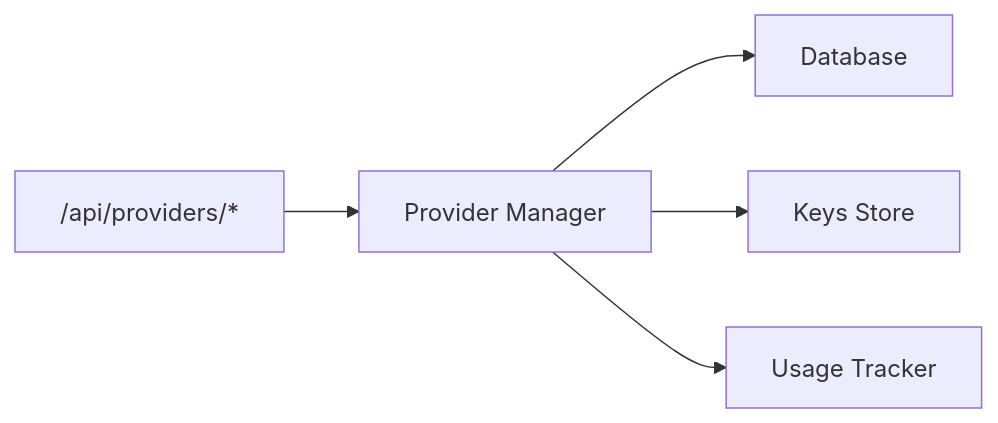
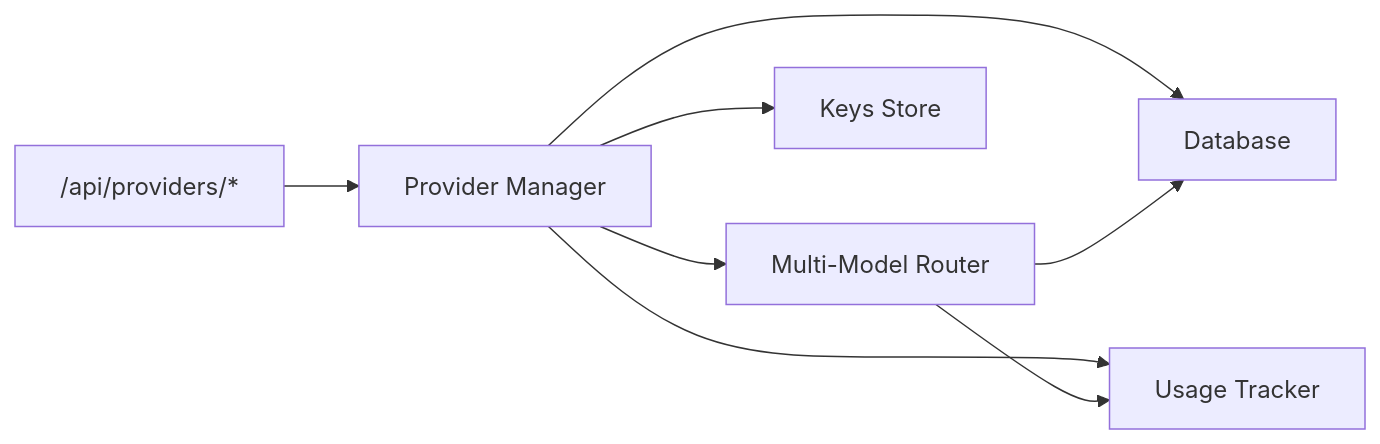
Before and after one commit to HassanAmeer/cheaprouter: the third of 3 diagrams in .qoder/repowiki/en/content/API Reference/Provider Management API.md, drawn with Mermaid. The commit also changed other lines of this file and 54 other files, not shown here.

````diff
--- a/.qoder/repowiki/en/content/API Reference/Provider Management API.md
+++ b/.qoder/repowiki/en/content/API Reference/Provider Management API.md
@@ -256,7 +285,10 @@
 ```mermaid
 graph LR
 APIProviders["/api/providers/*"] --> ProviderMgr["Provider Manager"]
+ProviderMgr --> MultiModelRouter["Multi-Model Router"]
 ProviderMgr --> Database["Database"]
 ProviderMgr --> KeyStore["Keys Store"]
 ProviderMgr --> UsageTracker["Usage Tracker"]
+MultiModelRouter --> Database
+MultiModelRouter --> UsageTracker
 ```
````
